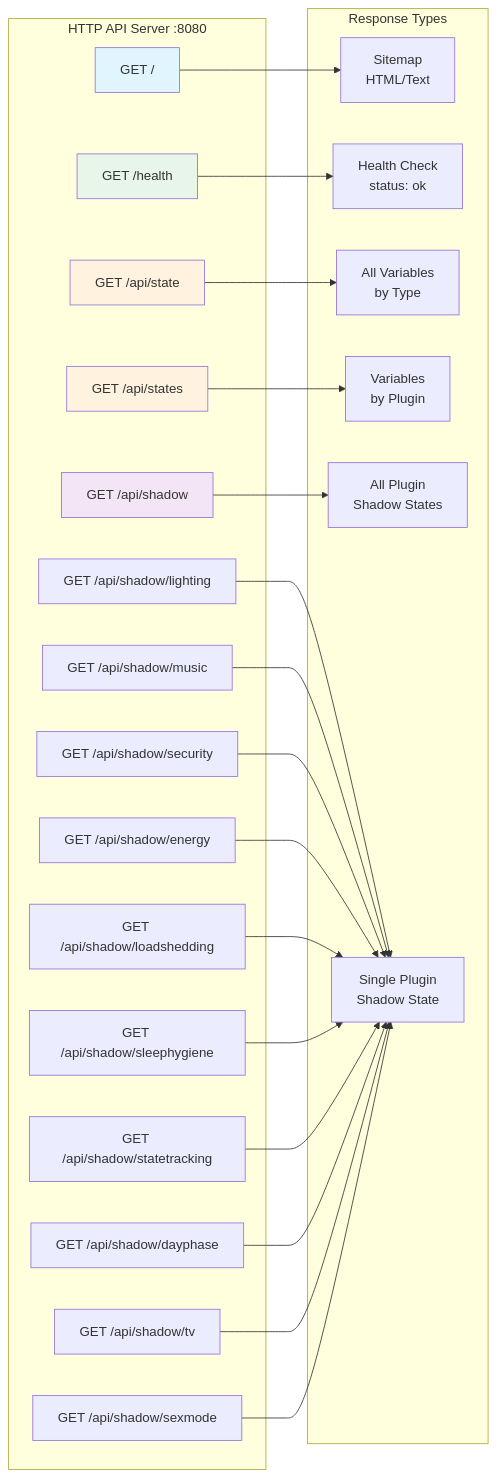
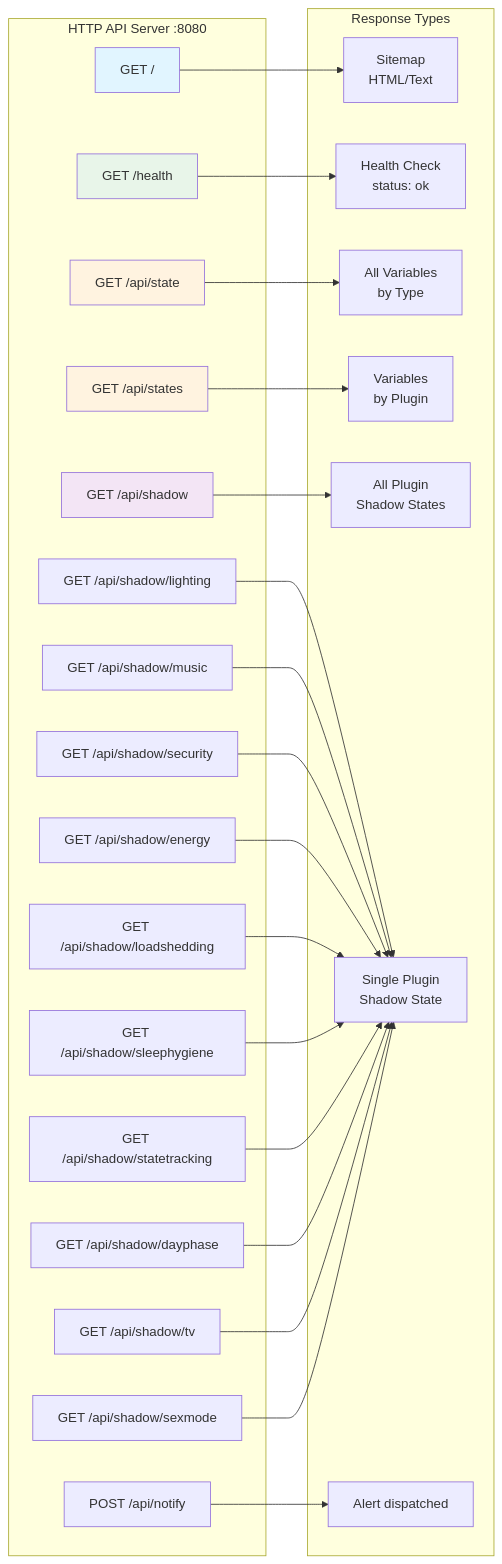
One commit to NickBorgers/home-automation changed the eighth of 14 diagrams in docs/human/VISUAL_ARCHITECTURE.md. Above: the diagram before and after it, drawn with Mermaid. The commit also changed other lines of this file and 2 other files, not shown here.

Commit message:
fix(api): address review findings on POST /api/notify endpoint
- Remove dead r.Method guard inside handleNotify (protectWriteEndpoint
  already enforces POST before handler is reached)
- Add http.MaxBytesReader(4096) before JSON decode to cap request body
  size from authenticated callers
- Add TODO comment on writeRateLimiter.windows for future eviction if
  callers ever become untrusted/varied
- docs(DOCKER.md): add HA_API_TOKEN to env vars table and .env example
- docs(VISUAL_ARCHITECTURE.md): add POST /api/notify to API diagram and
  update prose to reflect write endpoint

````diff
--- a/docs/human/VISUAL_ARCHITECTURE.md
+++ b/docs/human/VISUAL_ARCHITECTURE.md
@@ -518,51 +518,54 @@
 ```mermaid
 graph LR
     subgraph "HTTP API Server :8080"
         Root["GET /"]
         Health["GET /health"]
         State["GET /api/state"]
         States["GET /api/states"]
         Shadow["GET /api/shadow"]
         ShadowLighting["GET /api/shadow/lighting"]
         ShadowMusic["GET /api/shadow/music"]
         ShadowSecurity["GET /api/shadow/security"]
         ShadowEnergy["GET /api/shadow/energy"]
         ShadowLoadShed["GET /api/shadow/loadshedding"]
         ShadowSleep["GET /api/shadow/sleephygiene"]
         ShadowState["GET /api/shadow/statetracking"]
         ShadowDayPhase["GET /api/shadow/dayphase"]
         ShadowTV["GET /api/shadow/tv"]
         ShadowSexMode["GET /api/shadow/sexmode"]
+        Notify["POST /api/notify"]
     end
 
     subgraph "Response Types"
         Sitemap[Sitemap<br/>HTML/Text]
         HealthCheck["Health Check<br/>status: ok"]
         AllState[All Variables<br/>by Type]
         ByPlugin[Variables<br/>by Plugin]
         AllShadow[All Plugin<br/>Shadow States]
         PluginShadow[Single Plugin<br/>Shadow State]
+        NotifyResp[Alert dispatched]
     end
 
     Root --> Sitemap
     Health --> HealthCheck
     State --> AllState
     States --> ByPlugin
     Shadow --> AllShadow
     ShadowLighting --> PluginShadow
     ShadowMusic --> PluginShadow
     ShadowSecurity --> PluginShadow
     ShadowEnergy --> PluginShadow
     ShadowLoadShed --> PluginShadow
     ShadowSleep --> PluginShadow
     ShadowState --> PluginShadow
     ShadowDayPhase --> PluginShadow
     ShadowTV --> PluginShadow
     ShadowSexMode --> PluginShadow
+    Notify --> NotifyResp
 
     style Root fill:#e1f5ff
     style Health fill:#e8f5e9
     style State fill:#fff3e0
     style States fill:#fff3e0
     style Shadow fill:#f3e5f5
 ```
````
